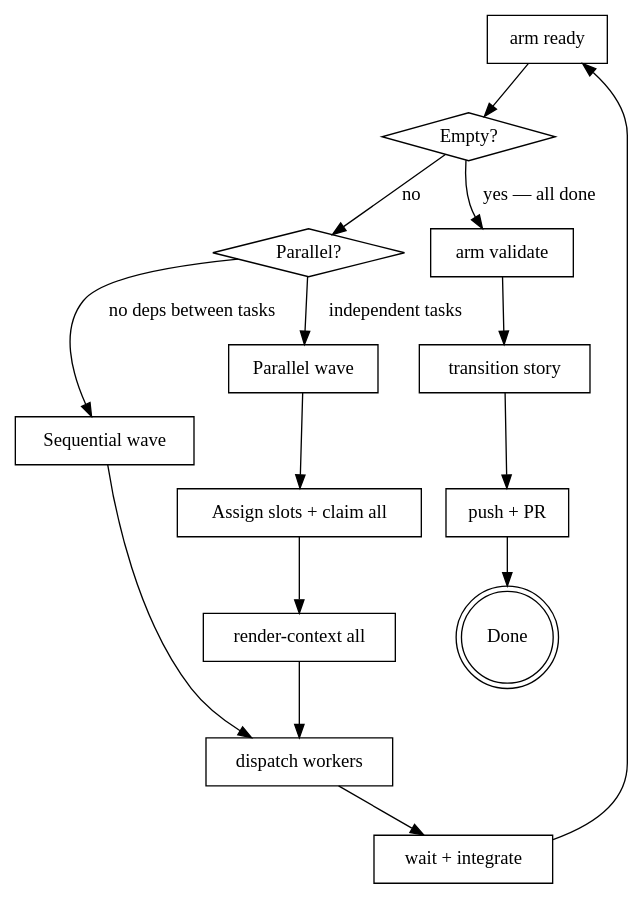
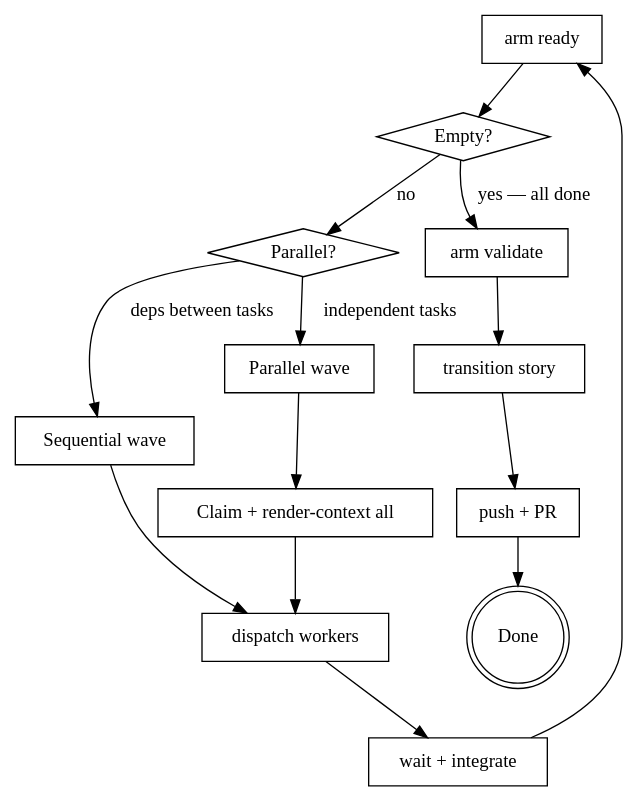
The diagram in internal/skillsembed/skills/armature-coordinator/SKILL.md (scullxbones/armature), drawn with Graphviz before and after one commit. The commit also changed other lines of this file and 3 other files, not shown here.

````diff
--- a/internal/skillsembed/skills/armature-coordinator/SKILL.md
+++ b/internal/skillsembed/skills/armature-coordinator/SKILL.md
@@ -35,32 +33,30 @@
 ```dot
 digraph coordinator_loop {
     "arm ready" [shape=box];
     "Empty?" [shape=diamond];
     "Parallel?" [shape=diamond];
     "Sequential wave" [shape=box];
     "Parallel wave" [shape=box];
-    "Assign slots + claim all" [shape=box];
-    "render-context all" [shape=box];
+    "Claim + render-context all" [shape=box];
     "dispatch workers" [shape=box];
     "wait + integrate" [shape=box];
     "arm validate" [shape=box];
     "transition story" [shape=box];
     "push + PR" [shape=box];
     "Done" [shape=doublecircle];
 
     "arm ready" -> "Empty?";
     "Empty?" -> "arm validate" [label="yes — all done"];
     "Empty?" -> "Parallel?" [label="no"];
-    "Parallel?" -> "Sequential wave" [label="no deps between tasks"];
+    "Parallel?" -> "Sequential wave" [label="deps between tasks"];
     "Parallel?" -> "Parallel wave" [label="independent tasks"];
     "Sequential wave" -> "dispatch workers";
-    "Parallel wave" -> "Assign slots + claim all";
-    "Assign slots + claim all" -> "render-context all";
-    "render-context all" -> "dispatch workers";
+    "Parallel wave" -> "Claim + render-context all";
+    "Claim + render-context all" -> "dispatch workers";
     "dispatch workers" -> "wait + integrate";
     "wait + integrate" -> "arm ready";
     "arm validate" -> "transition story";
     "transition story" -> "push + PR";
     "push + PR" -> "Done";
 }
 ```
````
